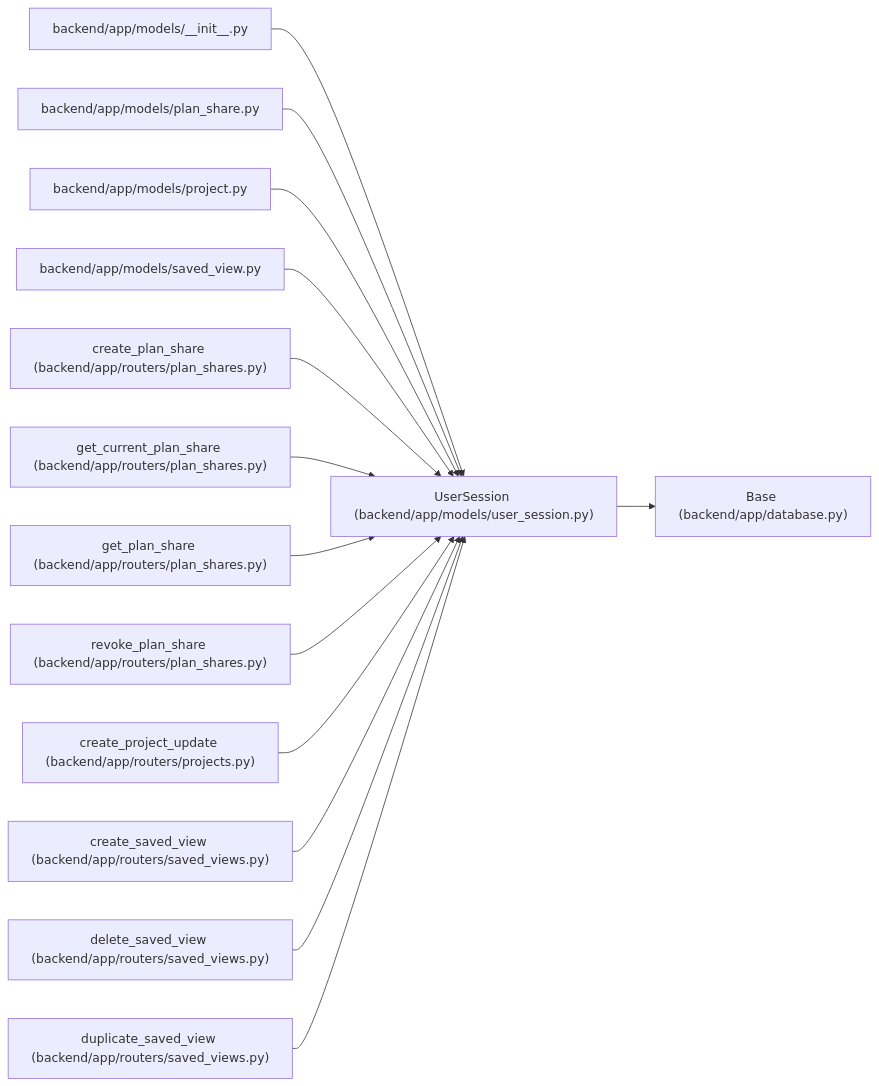
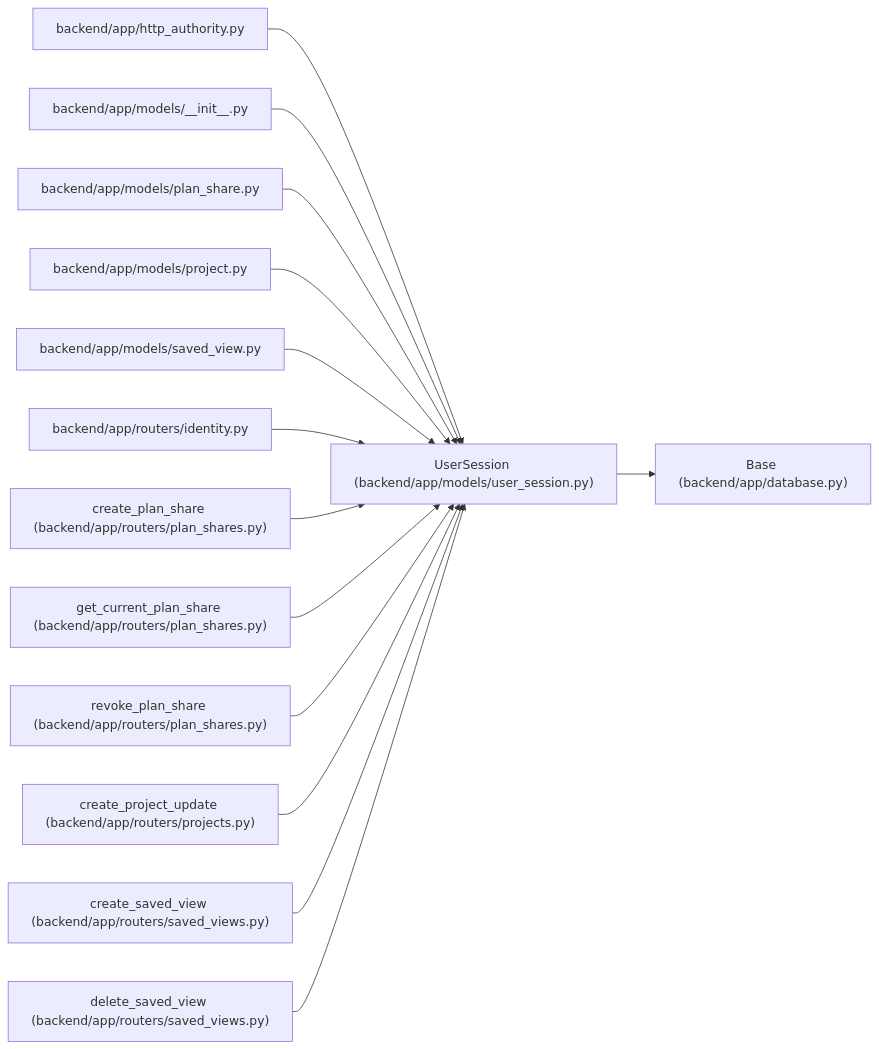
The diagram in docs/llm_wiki/entities/user_session_UserSession.md (Denissvgn/WorkChord), drawn with Mermaid before and after one commit. The commit also changed other lines of this file and 958 other files, not shown here.

First line of the commit message:
docs(wiki): refresh identity and recovery architecture

````diff
--- a/docs/llm_wiki/entities/user_session_UserSession.md
+++ b/docs/llm_wiki/entities/user_session_UserSession.md
@@ -39,44 +44,44 @@
 ```mermaid
 flowchart LR
     n0["UserSession (backend/app/models/user_session.py)"]
     n1["Base (backend/app/database.py)"]
-    n2["backend/app/models/__init__.py"]
-    n3["backend/app/models/plan_share.py"]
-    n4["backend/app/models/project.py"]
-    n5["backend/app/models/saved_view.py"]
-    n6["create_plan_share (backend/app/routers/plan_shares.py)"]
-    n7["get_current_plan_share (backend/app/routers/plan_shares.py)"]
-    n8["get_plan_share (backend/app/routers/plan_shares.py)"]
-    n9["revoke_plan_share (backend/app/routers/plan_shares.py)"]
-    n10["create_project_update (backend/app/routers/projects.py)"]
-    n11["create_saved_view (backend/app/routers/saved_views.py)"]
-    n12["delete_saved_view (backend/app/routers/saved_views.py)"]
-    n13["duplicate_saved_view (backend/app/routers/saved_views.py)"]
+    n2["backend/app/http_authority.py"]
+    n3["backend/app/models/__init__.py"]
+    n4["backend/app/models/plan_share.py"]
+    n5["backend/app/models/project.py"]
+    n6["backend/app/models/saved_view.py"]
+    n7["backend/app/routers/identity.py"]
+    n8["create_plan_share (backend/app/routers/plan_shares.py)"]
+    n9["get_current_plan_share (backend/app/routers/plan_shares.py)"]
+    n10["revoke_plan_share (backend/app/routers/plan_shares.py)"]
+    n11["create_project_update (backend/app/routers/projects.py)"]
+    n12["create_saved_view (backend/app/routers/saved_views.py)"]
+    n13["delete_saved_view (backend/app/routers/saved_views.py)"]
     n0 --> n1
     n2 --> n0
     n3 --> n0
     n4 --> n0
     n5 --> n0
     n6 --> n0
     n7 --> n0
     n8 --> n0
     n9 --> n0
     n10 --> n0
     n11 --> n0
     n12 --> n0
     n13 --> n0
     click n0 "../modules/user_session.md"
     click n1 "../modules/app_database.md"
-    click n2 "../modules/models___init__.md"
-    click n3 "../modules/models_plan_share.md"
-    click n4 "../modules/models_project.md"
-    click n5 "../modules/models_saved_view.md"
-    click n6 "../modules/plan_shares.md"
-    click n7 "../modules/plan_shares.md"
+    click n2 "../modules/http_authority.md"
+    click n3 "../modules/models___init__.md"
+    click n4 "../modules/models_plan_share.md"
+    click n5 "../modules/models_project.md"
+    click n6 "../modules/models_saved_view.md"
+    click n7 "../modules/routers_identity.md"
     click n8 "../modules/plan_shares.md"
     click n9 "../modules/plan_shares.md"
-    click n10 "../modules/projects.md"
-    click n11 "../modules/saved_views.md"
+    click n10 "../modules/plan_shares.md"
+    click n11 "../modules/projects.md"
     click n12 "../modules/saved_views.md"
     click n13 "../modules/saved_views.md"
 ```
````
